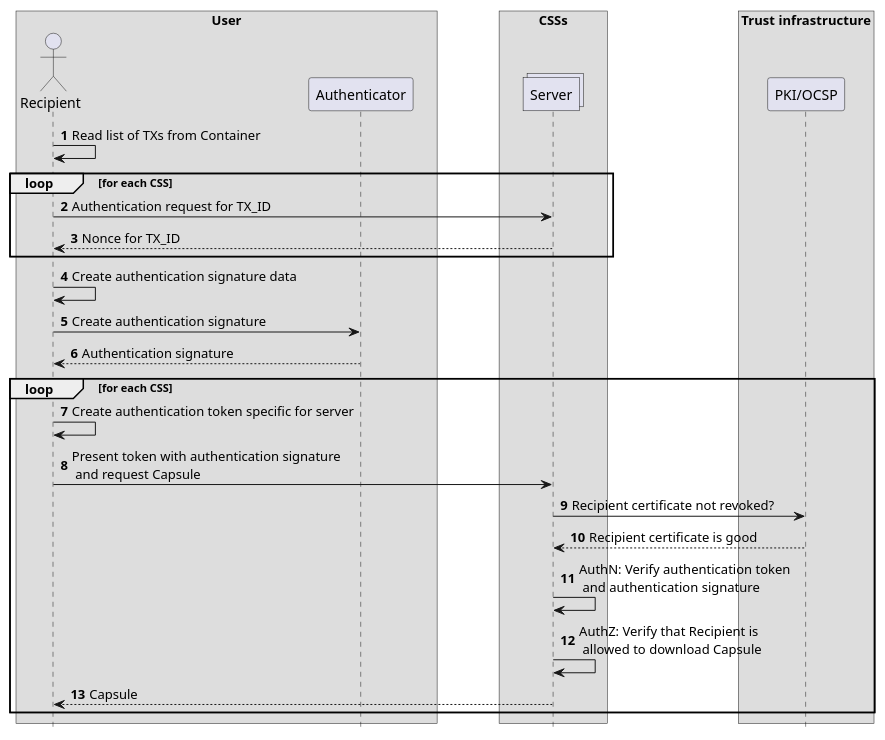
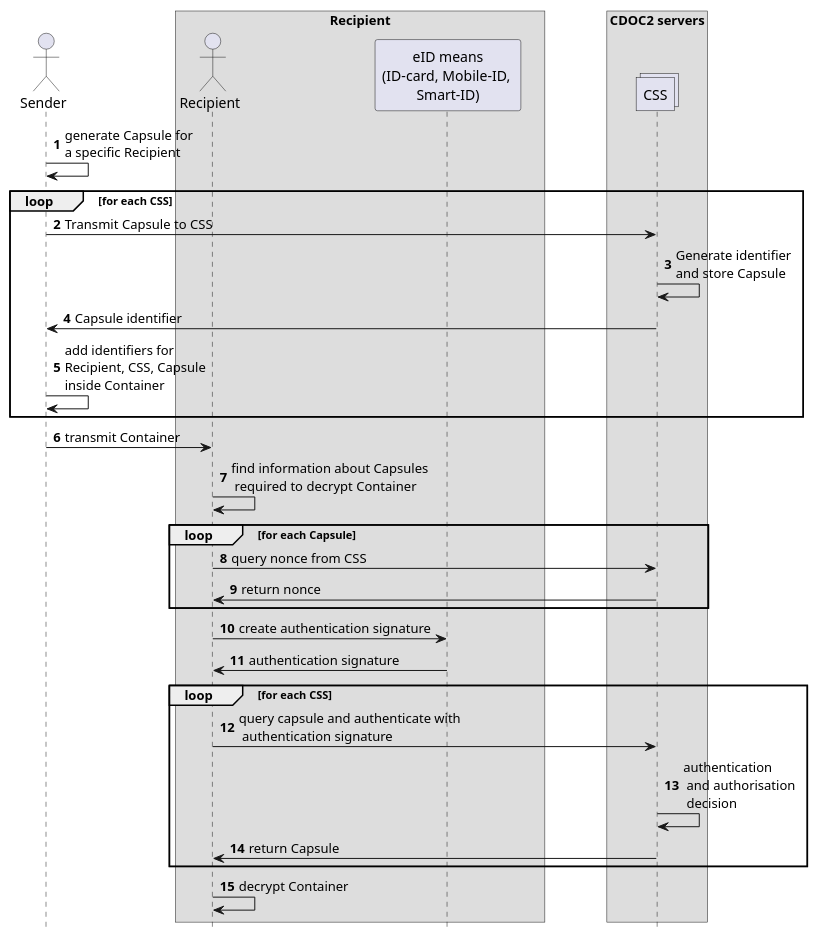
The diagram in cdoc2-system-docs/docs/03_system_architecture/ch04_capsule_server.md (open-eid/CDOC2), drawn with PlantUML before and after one commit. The commit also changed other lines of this file and 2 other files, not shown here.

Commit message:
RM-4764: Add links for MID

````diff
--- a/cdoc2-system-docs/docs/03_system_architecture/ch04_capsule_server.md
+++ b/cdoc2-system-docs/docs/03_system_architecture/ch04_capsule_server.md
@@ -35,39 +21,41 @@
 ```plantuml
 @startuml
 skinparam ParticipantPadding 20
 skinparam BoxPadding 30
 hide footbox
 autonumber
 
-box "User"
-Actor Recipient as R
-participant Authenticator as A
+Actor Sender as Sender
+
+box "Recipient"
+Actor Recipient as Recipient
+participant "eID means\n(ID-card, Mobile-ID, \nSmart-ID)" as eID
 end box
 
-box "CSSs"
-collections Server as S
+box "CDOC2 servers"
+collections "CSS" as Server
 end box
 
-box "Trust infrastructure"
-participant "PKI/OCSP" as PKI
-end box
-
-R -> R: Read list of TXs from Container
+Sender -> Sender: generate Capsule for\na specific Recipient
 loop for each CSS
-    R -> S: Authentication request for TX_ID
-    S --> R: Nonce for TX_ID
+    Sender -> Server: Transmit Capsule to CSS
+    Server -> Server: Generate identifier\nand store Capsule
+    Server -> Sender: Capsule identifier
+    Sender -> Sender: add identifiers for \nRecipient, CSS, Capsule\ninside Container
 end
-R -> R: Create authentication signature data
-R -> A: Create authentication signature
-A --> R: Authentication signature
+Sender -> Recipient: transmit Container
+Recipient -> Recipient: find information about Capsules \n required to decrypt Container
+loop for each Capsule
+    Recipient -> Server: query nonce from CSS
+    Server -> Recipient: return nonce
+end
+Recipient -> eID: create authentication signature
+eID -> Recipient: authentication signature
 loop for each CSS
-    R -> R: Create authentication token specific for server
-    R -> S: Present token with authentication signature \n and request Capsule
-    S -> PKI: Recipient certificate not revoked?
-    PKI --> S: Recipient certificate is good
-    S -> S: AuthN: Verify authentication token \n and authentication signature
-    S -> S: AuthZ: Verify that Recipient is \n allowed to download Capsule
-    S --> R: Capsule
+    Recipient -> Server: query capsule and authenticate with \n authentication signature
+    Server -> Server: authentication\n and authorisation\n decision
+    Server -> Recipient: return Capsule
 end
+Recipient -> Recipient: decrypt Container
 @enduml
 ```
````
